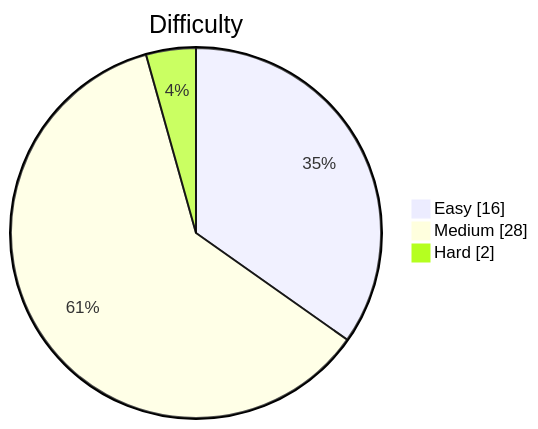
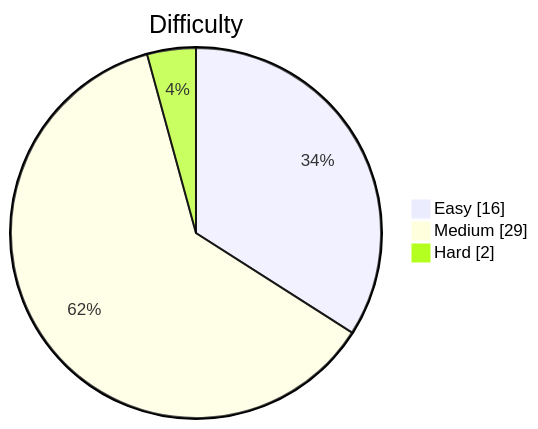
The diagram in README.md (kevstevie/python-algo-practice), drawn with Mermaid before and after one commit. The commit also changed other lines of this file, not shown here.

````diff
--- a/README.md
+++ b/README.md
@@ -13,7 +13,7 @@
 ```mermaid
 pie showData
     title Difficulty
     "Easy"   : 16
-    "Medium" : 28
+    "Medium" : 29
     "Hard"   : 2
 ```
````
